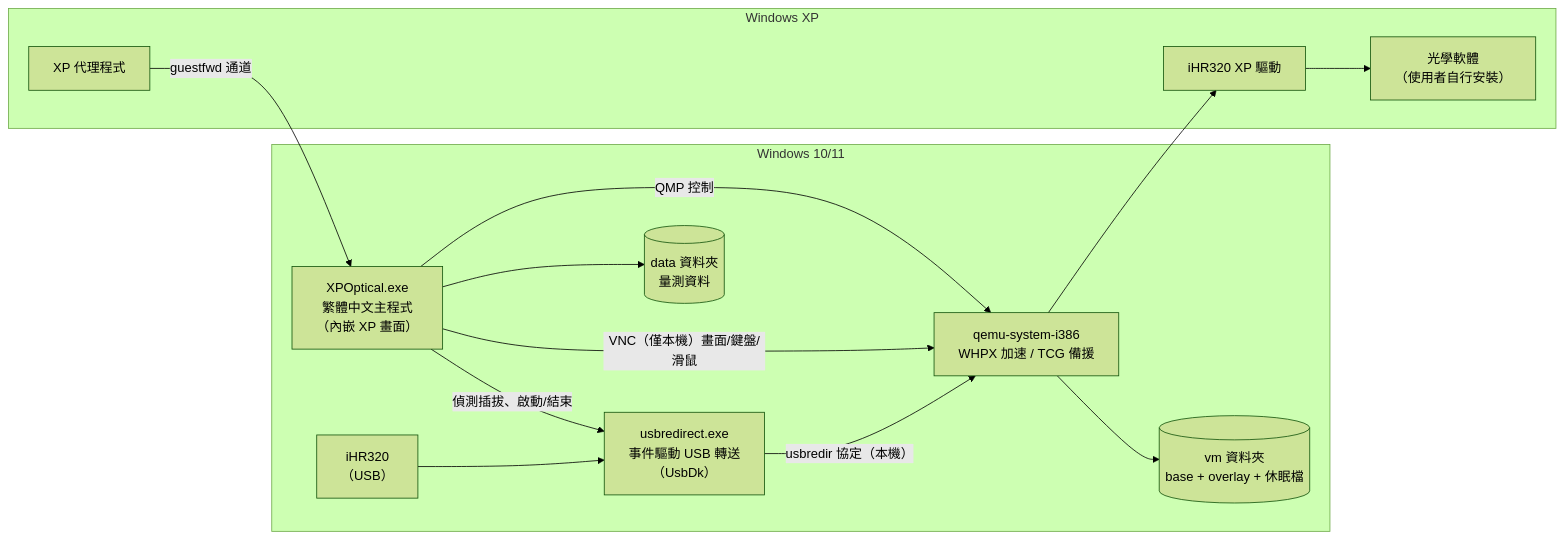
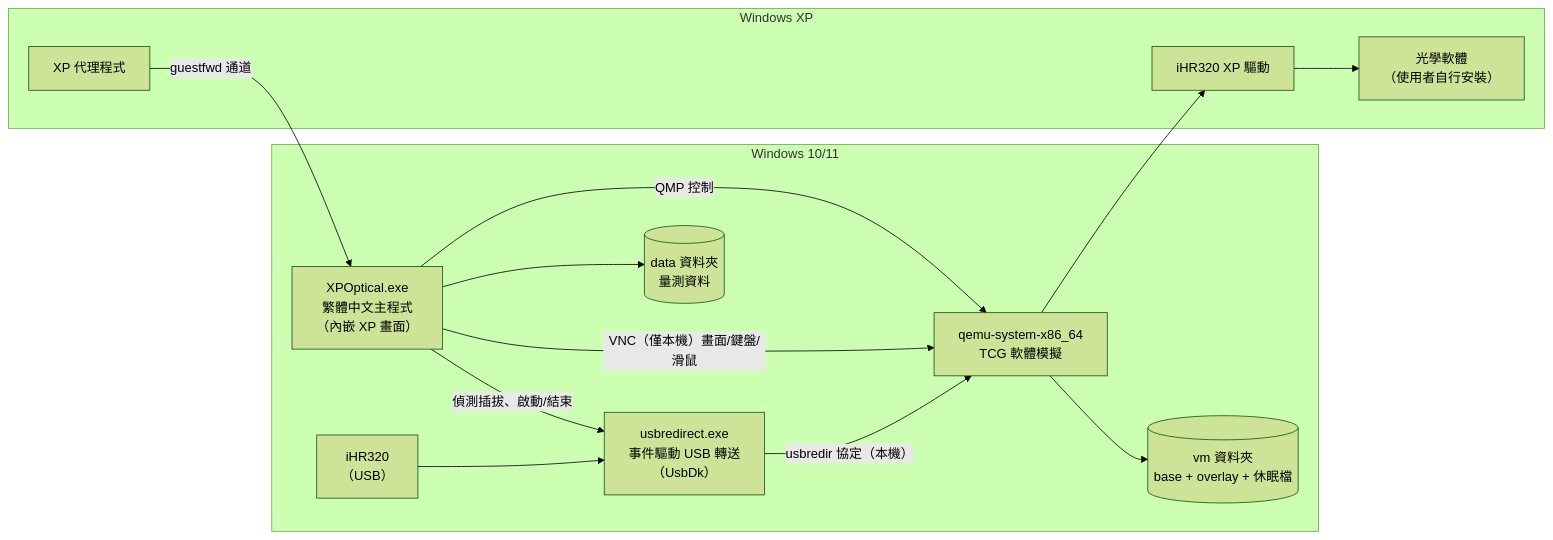
Before and after one commit to ToleLin/winxp-optical-system: the diagram in docs/DESIGN.md, drawn with Mermaid (forest theme). The commit also changed other lines of this file and 20 other files, not shown here.

````diff
--- a/docs/DESIGN.md
+++ b/docs/DESIGN.md
@@ -56,24 +56,24 @@
 ```mermaid
 flowchart LR
   subgraph Host["Windows 10/11"]
     UI["XPOptical.exe<br/>繁體中文主程式<br/>（內嵌 XP 畫面）"]
     REDIR["usbredirect.exe<br/>事件驅動 USB 轉送<br/>（UsbDk）"]
-    QEMU["qemu-system-i386<br/>WHPX 加速 / TCG 備援"]
+    QEMU["qemu-system-x86_64<br/>TCG 軟體模擬"]
     STORE[("vm 資料夾<br/>base + overlay + 休眠檔")]
     DATA[("data 資料夾<br/>量測資料")]
     IHR["iHR320<br/>（USB）"]
   end
   subgraph Guest["Windows XP"]
     DRV["iHR320 XP 驅動"]
     APP["光學軟體<br/>（使用者自行安裝）"]
     AGENT["XP 代理程式"]
   end
   UI -- "QMP 控制" --> QEMU
   UI -- "VNC（僅本機）畫面/鍵盤/滑鼠" --> QEMU
   UI -- "偵測插拔、啟動/結束" --> REDIR
   IHR --> REDIR -- "usbredir 協定（本機）" --> QEMU
   QEMU --> DRV --> APP
   AGENT -- "guestfwd 通道" --> UI
   UI --> DATA
   QEMU --> STORE
 ```
````
